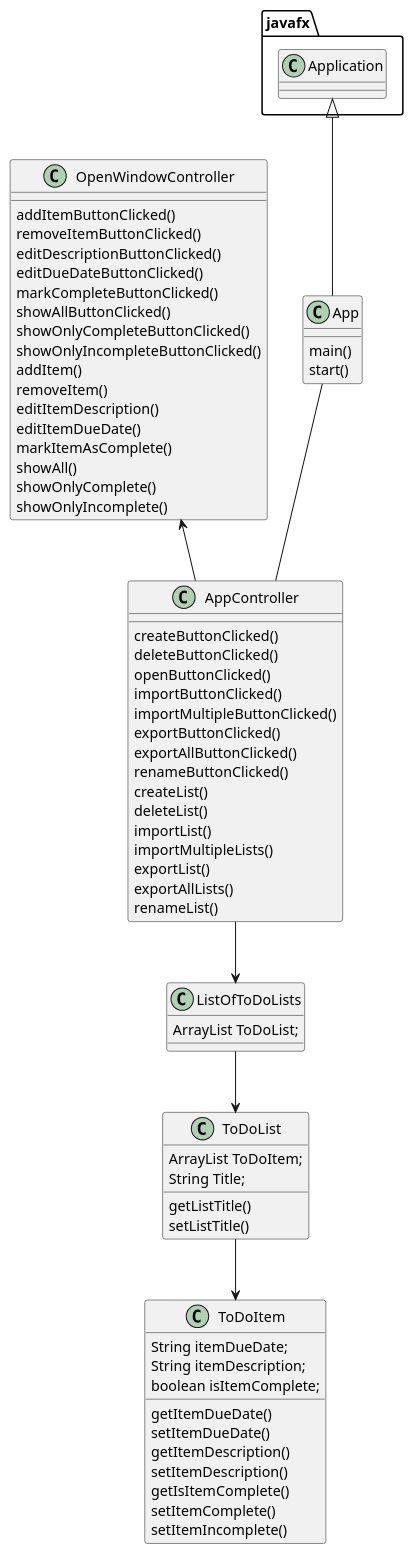
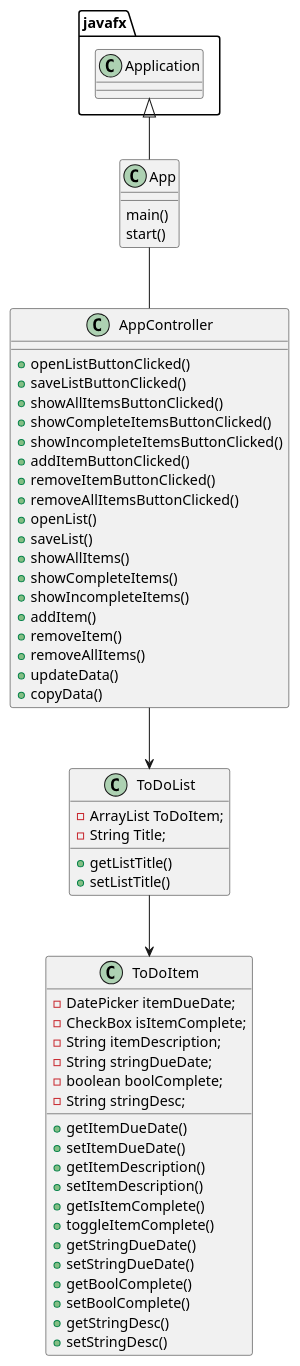
The diagram in uml/ClassDiagram.puml (etjv/johnson-cop3330-assignment4part2), drawn with PlantUML before and after one commit. The commit also changed 14 other files, not shown here.

```diff
--- a/uml/ClassDiagram.puml
+++ b/uml/ClassDiagram.puml
@@ -1,80 +1,68 @@
 @startuml
 'https://plantuml.com/sequence-diagram
 
 class App {
     main()
     start()
 }
 
 class AppController{
-    createButtonClicked()
-    deleteButtonClicked()
-    openButtonClicked()
-    importButtonClicked()
-    importMultipleButtonClicked()
-    exportButtonClicked()
-    exportAllButtonClicked()
-    renameButtonClicked()
-    createList()
-    deleteList()
-    importList()
-    importMultipleLists()
-    exportList()
-    exportAllLists()
-    renameList()
+    + openListButtonClicked()
+    + saveListButtonClicked()
+    + showAllItemsButtonClicked()
+    + showCompleteItemsButtonClicked()
+    + showIncompleteItemsButtonClicked()
+    + addItemButtonClicked()
+    + removeItemButtonClicked()
+    + removeAllItemsButtonClicked()
+
+
+    + openList()
+    + saveList()
+    + showAllItems()
+    + showCompleteItems()
+    + showIncompleteItems()
+    + addItem()
+    + removeItem()
+    + removeAllItems()
+    + updateData()
+    + copyData()
 }
 
-class OpenWindowController{
-    addItemButtonClicked()
-    removeItemButtonClicked()
-    editDescriptionButtonClicked()
-    editDueDateButtonClicked()
-    markCompleteButtonClicked()
-    showAllButtonClicked()
-    showOnlyCompleteButtonClicked()
-    showOnlyIncompleteButtonClicked()
-    addItem()
-    removeItem()
-    editItemDescription()
-    editItemDueDate()
-    markItemAsComplete()
-    showAll()
-    showOnlyComplete()
-    showOnlyIncomplete()
+class ToDoList{
+    - ArrayList ToDoItem;
+    - String Title;
+
+    + getListTitle()
+    + setListTitle()
 }
 
 class ToDoItem{
-    String itemDueDate;
-    String itemDescription;
-    boolean isItemComplete;
+    - DatePicker itemDueDate;
+    - CheckBox isItemComplete;
+    - String itemDescription;
+    - String stringDueDate;
+    - boolean boolComplete;
+    - String stringDesc;
 
-    getItemDueDate()
-    setItemDueDate()
-    getItemDescription()
-    setItemDescription()
-    getIsItemComplete()
-    setItemComplete()
-    setItemIncomplete()
-}
-
-class ToDoList{
-    ArrayList ToDoItem;
-    String Title;
-
-    getListTitle()
-    setListTitle()
-}
-
-class ListOfToDoLists{
-    ArrayList ToDoList;
+    + getItemDueDate()
+    + setItemDueDate()
+    + getItemDescription()
+    + setItemDescription()
+    + getIsItemComplete()
+    + toggleItemComplete()
+    + getStringDueDate()
+    + setStringDueDate()
+    + getBoolComplete()
+    + setBoolComplete()
+    + getStringDesc()
+    + setStringDesc()
 
 }
 
 javafx.Application <|-- App
 App -- AppController
-OpenWindowController <-- AppController
-ListOfToDoLists --> ToDoList
 ToDoList --> ToDoItem
-AppController --> ListOfToDoLists
+AppController --> ToDoList
 
 @enduml
```
